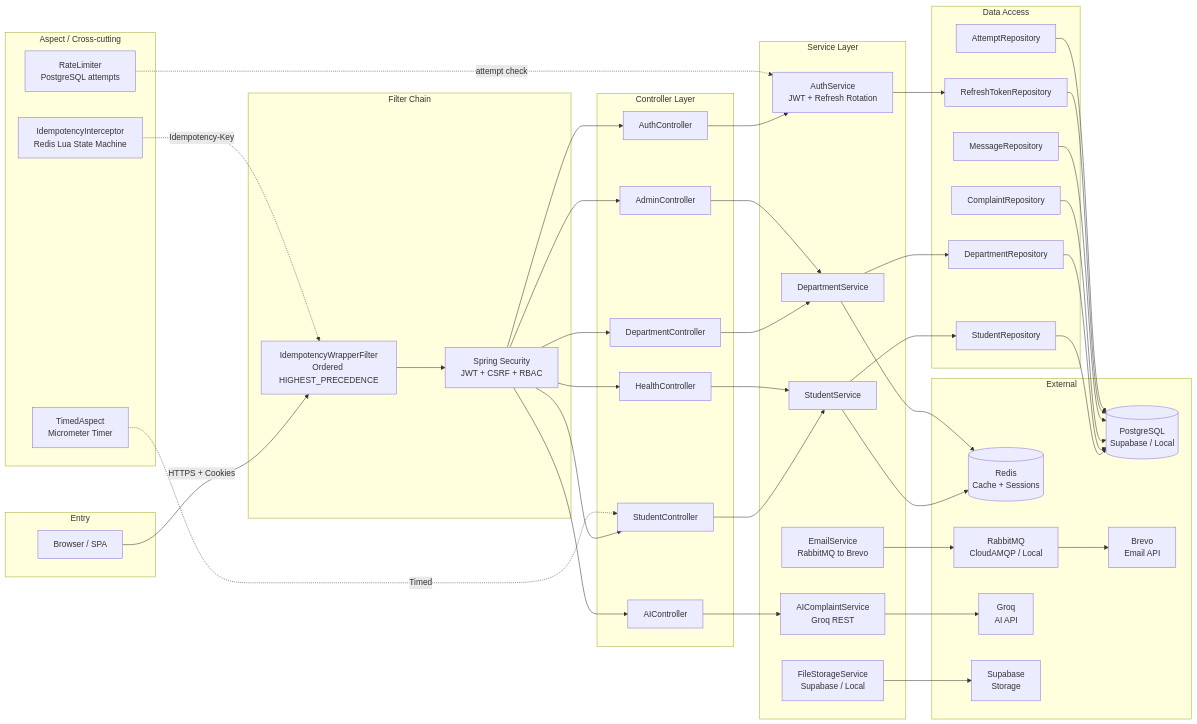
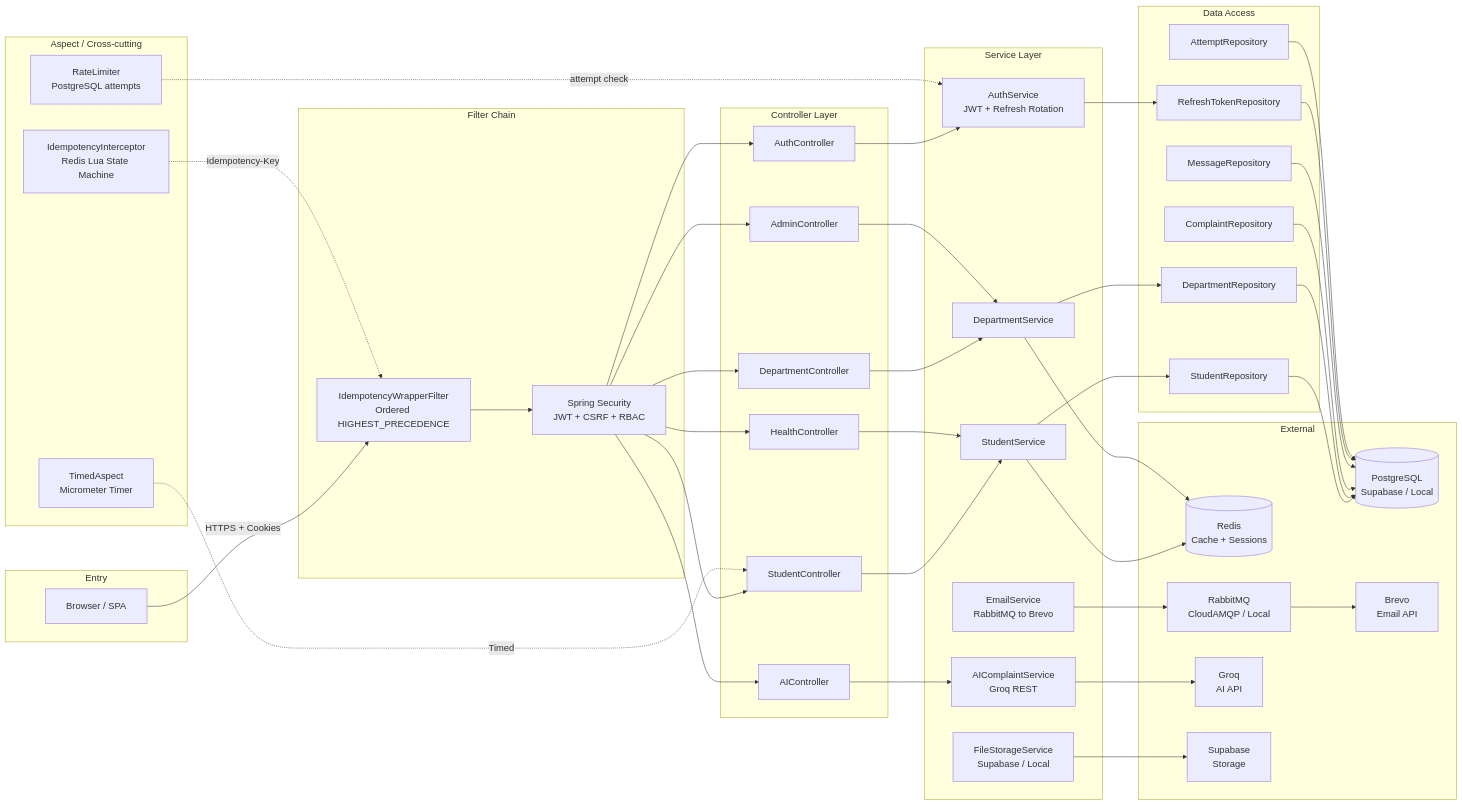
One commit to emmanuel-40/s2dcms-backend changed the second of 2 diagrams in README.md. Above: the diagram before and after it, drawn with Mermaid. The commit also changed 3 other files, not shown here.

````diff
--- a/README.md
+++ b/README.md
@@ -774,4 +774,5 @@
 ```mermaid
+%%{init: {'themeVariables': {'fontSize': '18px'}, 'flowchart': {'nodeSpacing': 50, 'rankSpacing': 70, 'padding': 20}}}%%
 flowchart LR
     subgraph Entry["Entry"]
         Client["Browser / SPA"]
````
